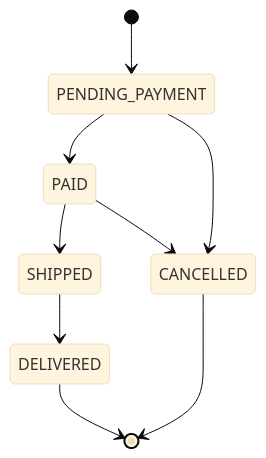
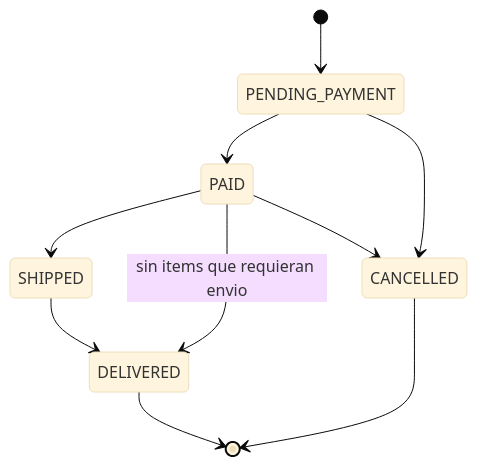
One commit to nahieladiva/nexusmarket..... changed the third of 6 diagrams in SDD/domain/Domain Value Objects.md. Above: the diagram before and after it, drawn with Mermaid (base theme). The commit also changed other lines of this file and 22 other files, not shown here.

````diff
--- a/SDD/domain/Domain Value Objects.md
+++ b/SDD/domain/Domain Value Objects.md
@@ -232,11 +232,12 @@
 ```mermaid
 stateDiagram-v2
     [*] --> PENDING_PAYMENT
     PENDING_PAYMENT --> PAID
     PENDING_PAYMENT --> CANCELLED
     PAID --> SHIPPED
+    PAID --> DELIVERED : sin items que requieran envio
     PAID --> CANCELLED
     SHIPPED --> DELIVERED
     DELIVERED --> [*]
     CANCELLED --> [*]
 ```
````
